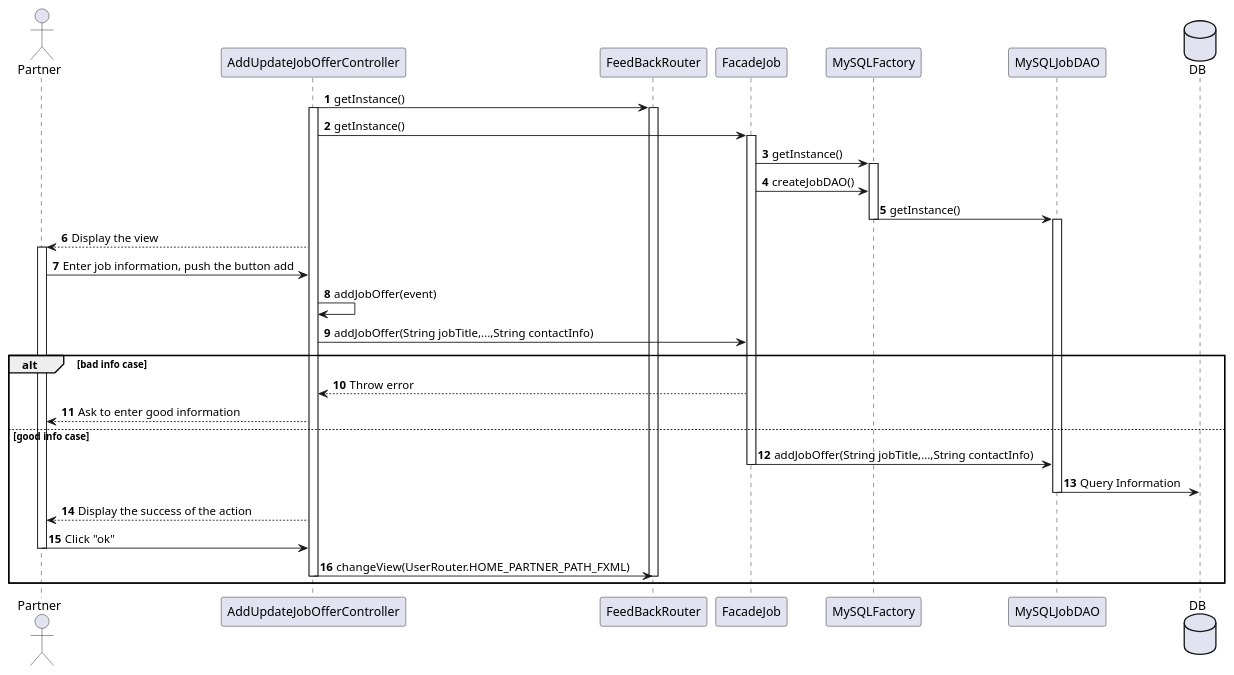
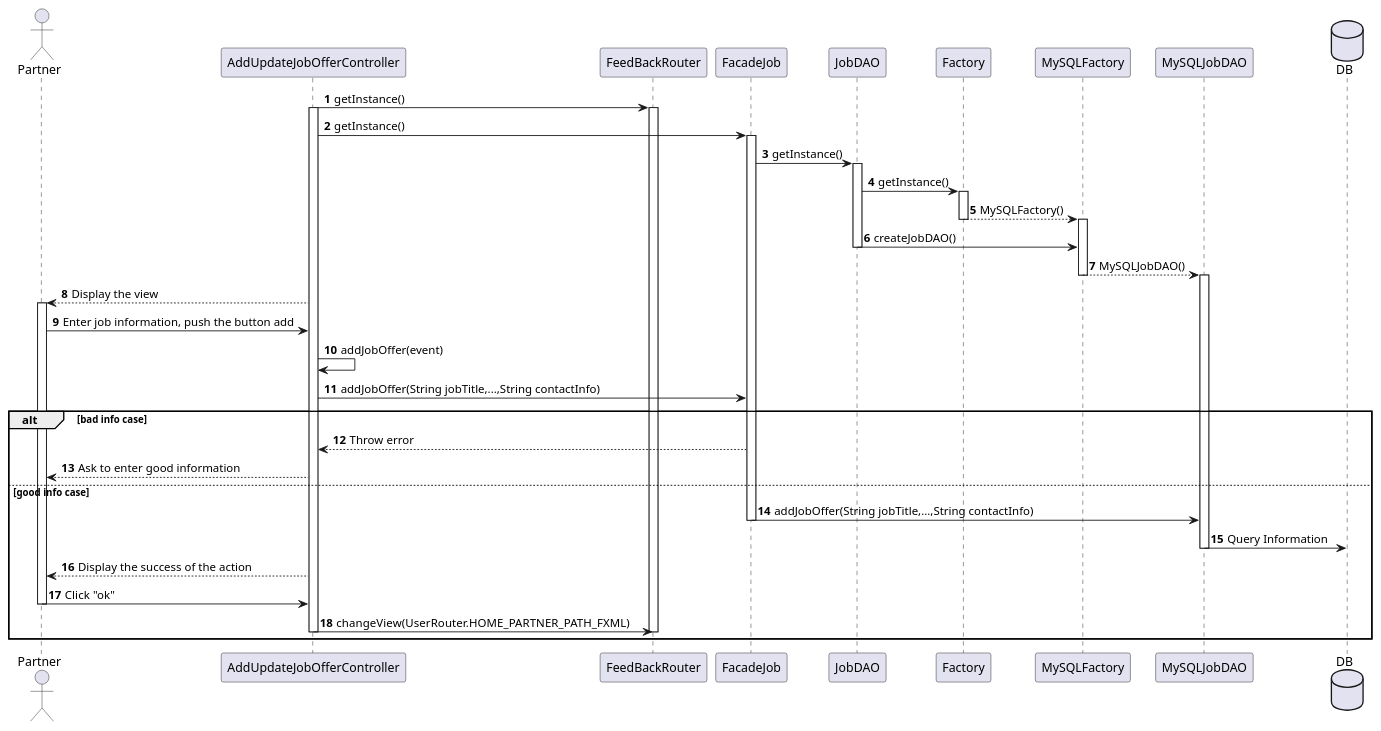
One commit to guiguie34/StudEasy changed the diagram in project_diagrams/sequenceDiagrams/jobManagement.puml. Above: the diagram before and after it, drawn with PlantUML. The commit also changed 2 other files, not shown here.

Commit message:
Fix : my sequence diagrams (user/job/feedback)

```diff
--- a/project_diagrams/sequenceDiagrams/jobManagement.puml
+++ b/project_diagrams/sequenceDiagrams/jobManagement.puml
@@ -1,40 +1,43 @@
 @startuml
 autonumber
 actor Partner
 AddUpdateJobOfferController -> FeedBackRouter : getInstance()
 activate AddUpdateJobOfferController
 activate FeedBackRouter
 AddUpdateJobOfferController -> FacadeJob : getInstance()
 activate FacadeJob
-FacadeJob -> MySQLFactory : getInstance()
+FacadeJob -> JobDAO : getInstance()
+activate JobDAO
+JobDAO -> Factory : getInstance()
+activate Factory
+Factory --> MySQLFactory : MySQLFactory()
+deactivate Factory
 activate MySQLFactory
-FacadeJob -> MySQLFactory : createJobDAO()
-
-MySQLFactory -> MySQLJobDAO : getInstance()
+JobDAO -> MySQLFactory : createJobDAO()
+deactivate JobDAO
+MySQLFactory --> MySQLJobDAO : MySQLJobDAO()
 deactivate MySQLFactory
-
 activate MySQLJobDAO
-
 deactivate MySQLJobDAO
 AddUpdateJobOfferController --> Partner : Display the view
 activate Partner
 Partner -> AddUpdateJobOfferController : Enter job information, push the button add
 AddUpdateJobOfferController -> AddUpdateJobOfferController : addJobOffer(event)
 AddUpdateJobOfferController -> FacadeJob : addJobOffer(String jobTitle,...,String contactInfo)
 alt bad info case
     FacadeJob --> AddUpdateJobOfferController : Throw error
     AddUpdateJobOfferController --> Partner : Ask to enter good information
 else good info case
     FacadeJob -> MySQLJobDAO : addJobOffer(String jobTitle,...,String contactInfo)
     deactivate FacadeJob
     database DB
     MySQLJobDAO -> DB : Query Information
     deactivate MySQLJobDAO
     AddUpdateJobOfferController --> Partner : Display the success of the action
     Partner -> AddUpdateJobOfferController : Click "ok"
     deactivate Partner
     AddUpdateJobOfferController -> FeedBackRouter : changeView(UserRouter.HOME_PARTNER_PATH_FXML)
     deactivate AddUpdateJobOfferController
     deactivate FeedBackRouter
 end
 @enduml
```
